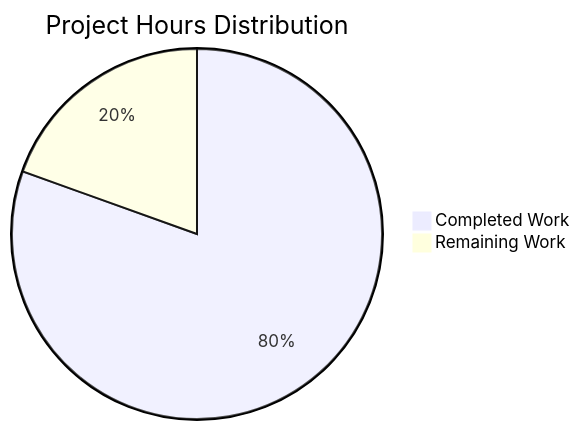
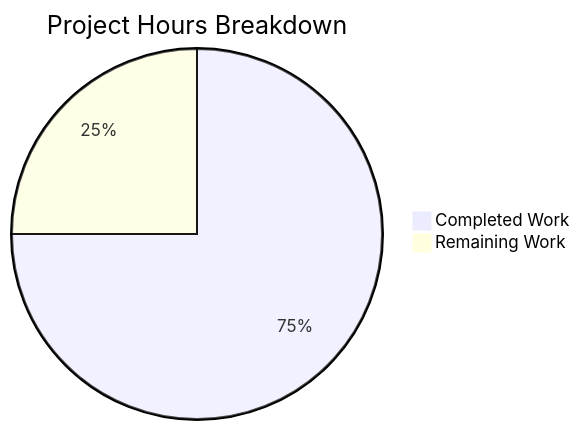
Before and after one commit to lakshya-blitzy/Dec_repo_with_valid_mul_files: the diagram in blitzy/documentation/Project Guide.md, drawn with Mermaid. The commit also changed other lines of this file, not shown here.

Commit message:
Adding Blitzy Project Guide: Project Status and Human Tasks Remaining

````diff
--- a/blitzy/documentation/Project Guide.md
+++ b/blitzy/documentation/Project Guide.md
@@ -53,5 +80,5 @@
 ```mermaid
-pie title Project Hours Distribution
-    "Completed Work" : 33
+pie title Project Hours Breakdown
+    "Completed Work" : 24
     "Remaining Work" : 8
 ```
````
